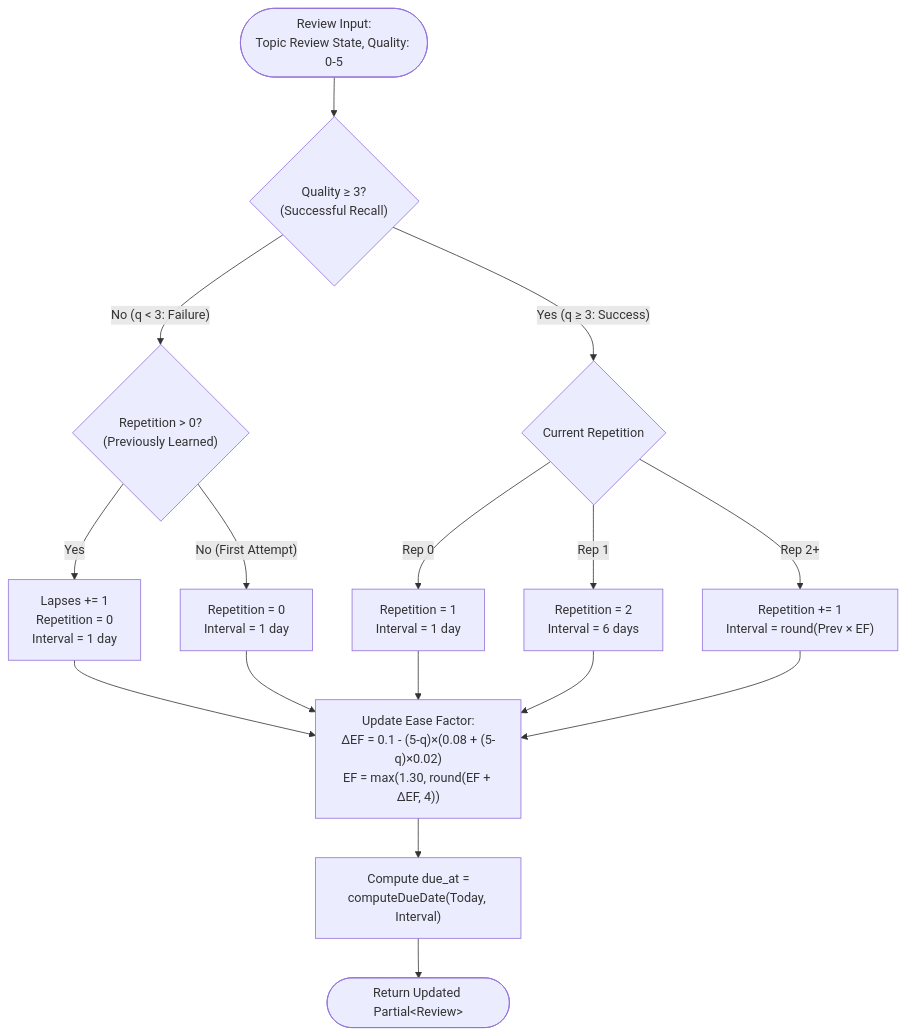
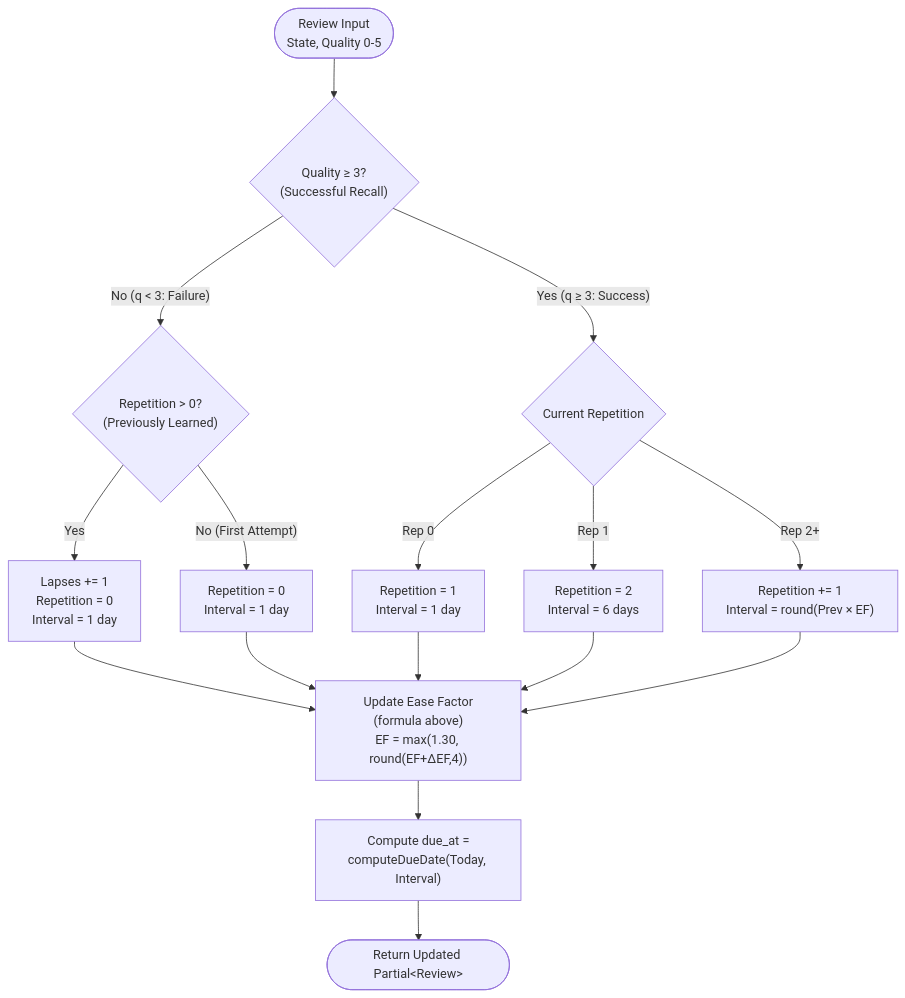
The first of 2 diagrams in docs/03-1-sm2-spaced-repetition-algorithm.md (Kuldeep2822k/cli), drawn with Mermaid before and after one commit. The commit also changed other lines of this file and 78 other files, not shown here.

````diff
--- a/docs/03-1-sm2-spaced-repetition-algorithm.md
+++ b/docs/03-1-sm2-spaced-repetition-algorithm.md
@@ -92,25 +96,25 @@
 ```mermaid
 flowchart TD
-    Start(["Review Input:<br/>Topic Review State, Quality: 0-5"]) --> CheckQ{"Quality &ge; 3?<br/>(Successful Recall)"}
+    Start(["Review Input<br/>State, Quality 0-5"]) --> CheckQ{"Quality &ge; 3?<br/>(Successful Recall)"}
     
     %% Failure Branch
     CheckQ -- "No (q &lt; 3: Failure)" --> CheckLapse{"Repetition &gt; 0?<br/>(Previously Learned)"}
     CheckLapse -- "Yes" --> LapseInc["Lapses += 1<br/>Repetition = 0<br/>Interval = 1 day"]
     CheckLapse -- "No (First Attempt)" --> LapseNoInc["Repetition = 0<br/>Interval = 1 day"]
     
     %% Success Branch
     CheckQ -- "Yes (q &ge; 3: Success)" --> CheckRep{"Current Repetition"}
     CheckRep -- "Rep 0" --> Rep1["Repetition = 1<br/>Interval = 1 day"]
     CheckRep -- "Rep 1" --> Rep2["Repetition = 2<br/>Interval = 6 days"]
     CheckRep -- "Rep 2+" --> RepN["Repetition += 1<br/>Interval = round(Prev &times; EF)"]
     
     %% Convergence & EF Update
-    LapseInc --> UpdateEF["Update Ease Factor:<br/>&Delta;EF = 0.1 - (5-q)&times;(0.08 + (5-q)&times;0.02)<br/>EF = max(1.30, round(EF + &Delta;EF, 4))"]
+    LapseInc --> UpdateEF["Update Ease Factor<br/>(formula above)<br/>EF = max(1.30, round(EF+&Delta;EF,4))"]
     LapseNoInc --> UpdateEF
     Rep1 --> UpdateEF
     Rep2 --> UpdateEF
     RepN --> UpdateEF
     
     UpdateEF --> Schedule["Compute due_at =<br/>computeDueDate(Today, Interval)"]
     Schedule --> Done(["Return Updated Partial&lt;Review&gt;"])
 ```
````
